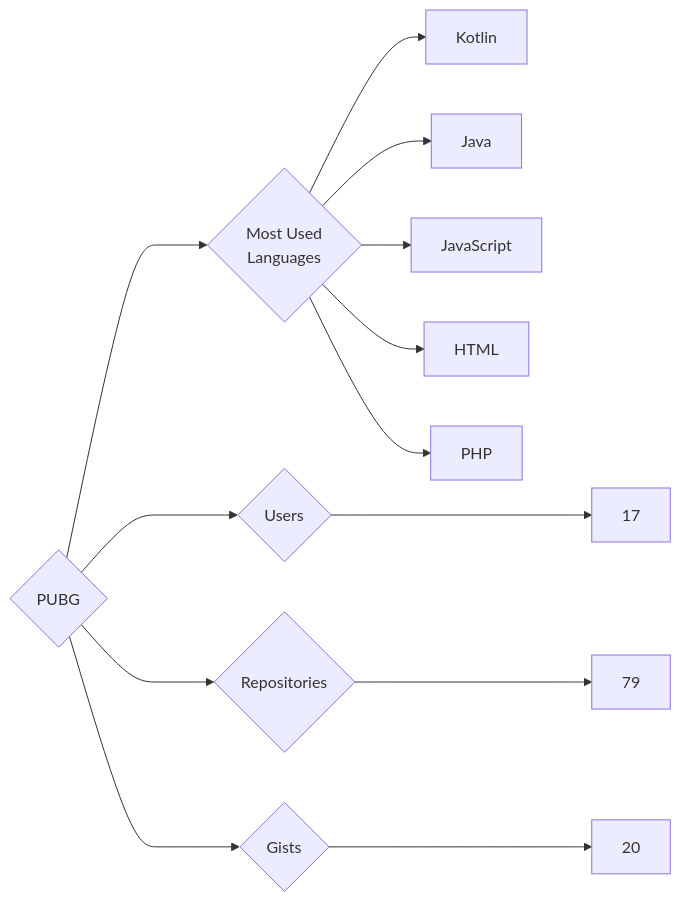
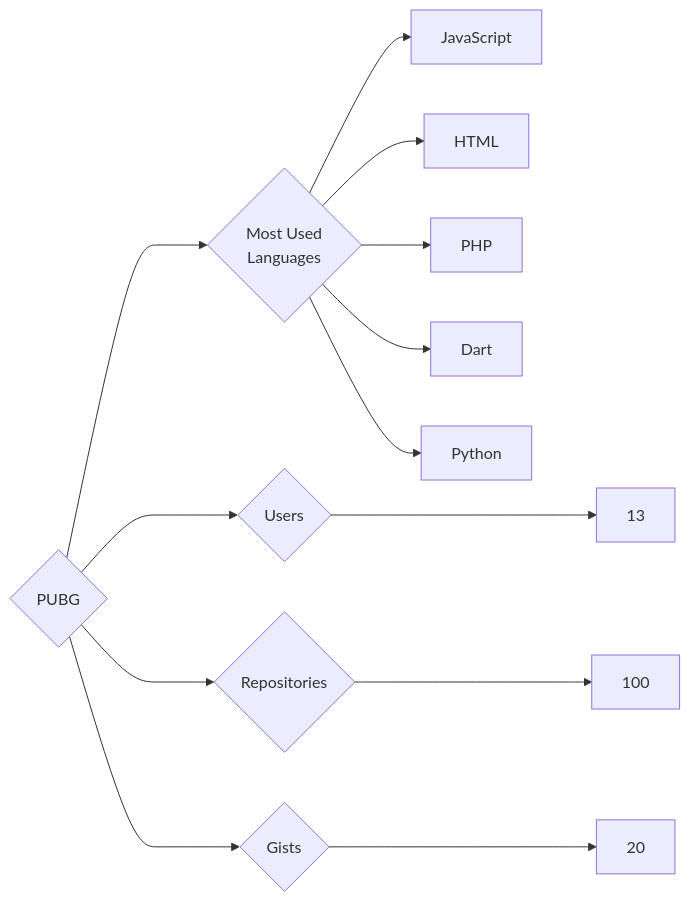
The diagram in targets/PUBG/README.md (trickest/insiders), drawn with Mermaid before and after one commit. The commit also changed 964 other files, not shown here.

````diff
--- a/targets/PUBG/README.md
+++ b/targets/PUBG/README.md
@@ -3,13 +3,13 @@
 ```mermaid
 graph LR
 COMPANY_NAME{PUBG}
-COMPANY_NAME ---> U{Users} ---> UN[17]
-COMPANY_NAME ---> R{Repositories} ---> RN[79]
+COMPANY_NAME ---> U{Users} ---> UN[13]
+COMPANY_NAME ---> R{Repositories} ---> RN[100]
 COMPANY_NAME ---> G{Gists} ---> GN[20]
 COMPANY_NAME ---> ML{Most Used<br>Languages}
-ML --> Kotlin[Kotlin]
-ML --> Java[Java]
 ML --> JavaScript[JavaScript]
 ML --> HTML[HTML]
 ML --> PHP[PHP]
+ML --> Dart[Dart]
+ML --> Python[Python]
 ```
````
